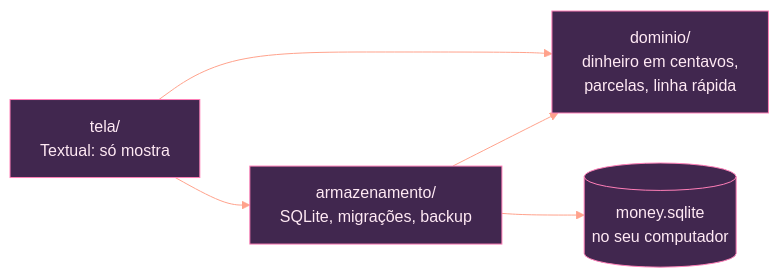
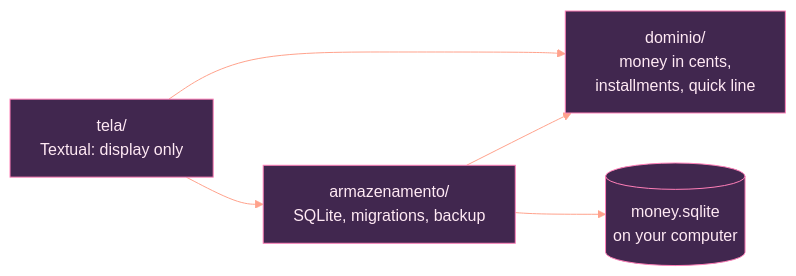
Before and after one commit to Sera-DAI/kotsu: the diagram in README.md, drawn with Mermaid. The commit also changed other lines of this file and 26 other files, not shown here.

````diff
--- a/README.md
+++ b/README.md
@@ -179,8 +184,8 @@
 ```mermaid
 %%{init: {"theme": "base", "themeVariables": {"primaryColor": "#41274f", "primaryTextColor": "#ffe9f4", "primaryBorderColor": "#ff7fb8", "lineColor": "#ffa28c", "secondaryColor": "#291b33", "tertiaryColor": "#1d1424", "fontFamily": "Segoe UI, sans-serif"}}}%%
 flowchart LR
-    T["tela/<br>Textual: só mostra"] --> A["armazenamento/<br>SQLite, migrações, backup"]
-    T --> D["dominio/<br>dinheiro em centavos,<br>parcelas, linha rápida"]
+    T["tela/<br>Textual: display only"] --> A["armazenamento/<br>SQLite, migrations, backup"]
+    T --> D["dominio/<br>money in cents,<br>installments, quick line"]
     A --> D
-    A --> F[("money.sqlite<br>no seu computador")]
+    A --> F[("money.sqlite<br>on your computer")]
 ```
````
